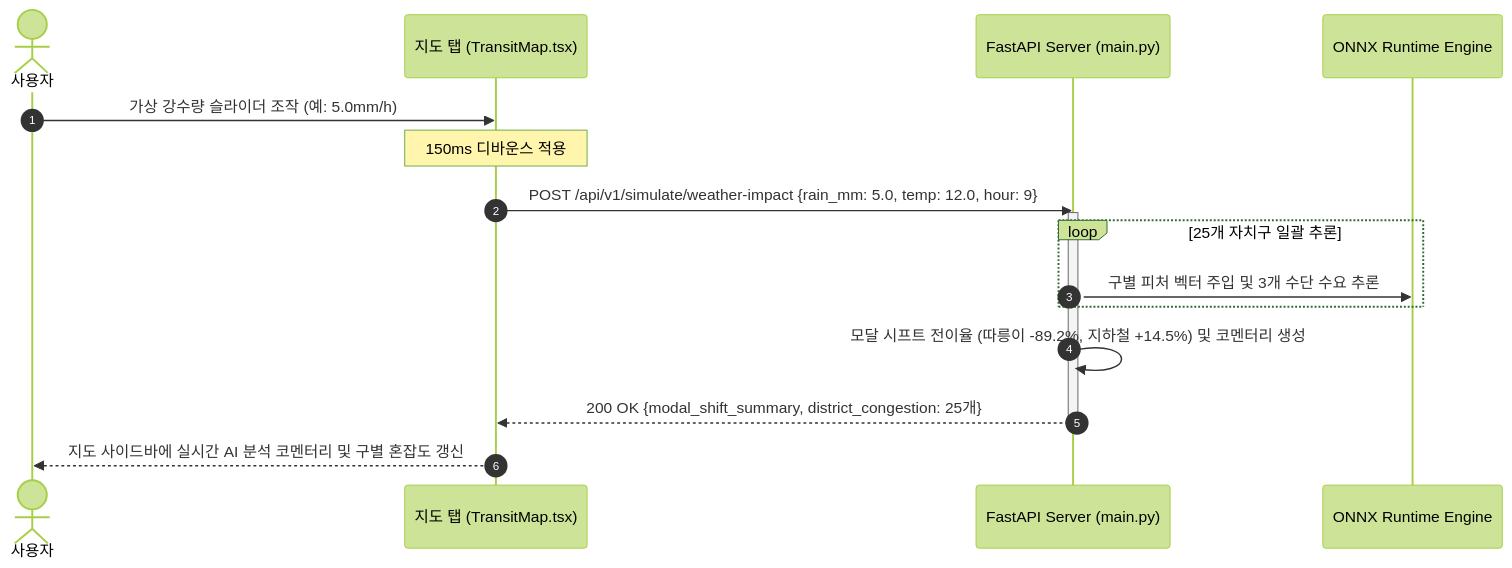
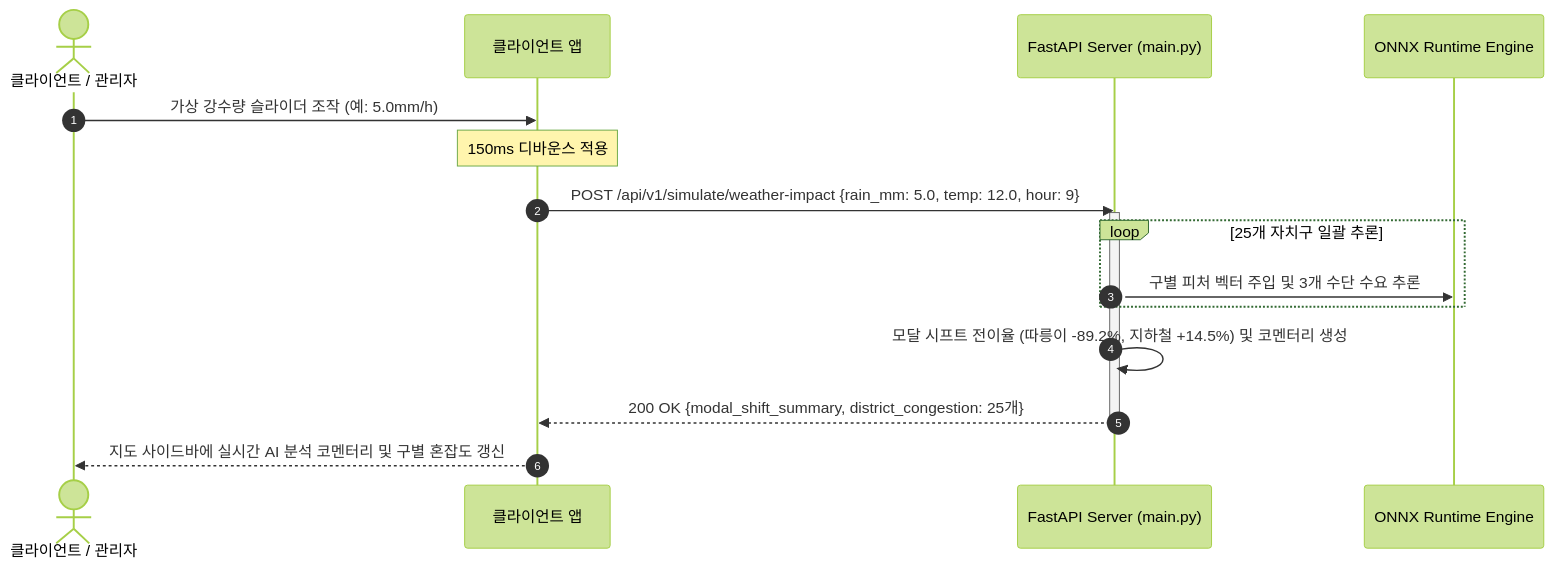
Before and after one commit to 14EE4/weather-transit-web: the fifth of 6 diagrams in docs/SYSTEM_ARCHITECTURE.md, drawn with Mermaid (forest theme). The commit also changed other lines of this file and 3 other files, not shown here.

````diff
--- a/docs/SYSTEM_ARCHITECTURE.md
+++ b/docs/SYSTEM_ARCHITECTURE.md
@@ -271,23 +273,23 @@
 ```mermaid
 sequenceDiagram
     autonumber
-    actor User as 사용자
-    participant MapUI as 지도 탭 (TransitMap.tsx)
+    actor User as 클라이언트 / 관리자
+    participant MapUI as 클라이언트 앱
     participant API as FastAPI Server (main.py)
     participant ONNX as ONNX Runtime Engine
 
     User->>MapUI: 가상 강수량 슬라이더 조작 (예: 5.0mm/h)
     Note over MapUI: 150ms 디바운스 적용
     MapUI->>API: POST /api/v1/simulate/weather-impact {rain_mm: 5.0, temp: 12.0, hour: 9}
     activate API
     
     loop 25개 자치구 일괄 추론
         API->>ONNX: 구별 피처 벡터 주입 및 3개 수단 수요 추론
     end
     
     API->>API: 모달 시프트 전이율 (따릉이 -89.2%, 지하철 +14.5%) 및 코멘터리 생성
     API-->>MapUI: 200 OK {modal_shift_summary, district_congestion: 25개}
     deactivate API
     
     MapUI-->>User: 지도 사이드바에 실시간 AI 분석 코멘터리 및 구별 혼잡도 갱신
 ```
````
